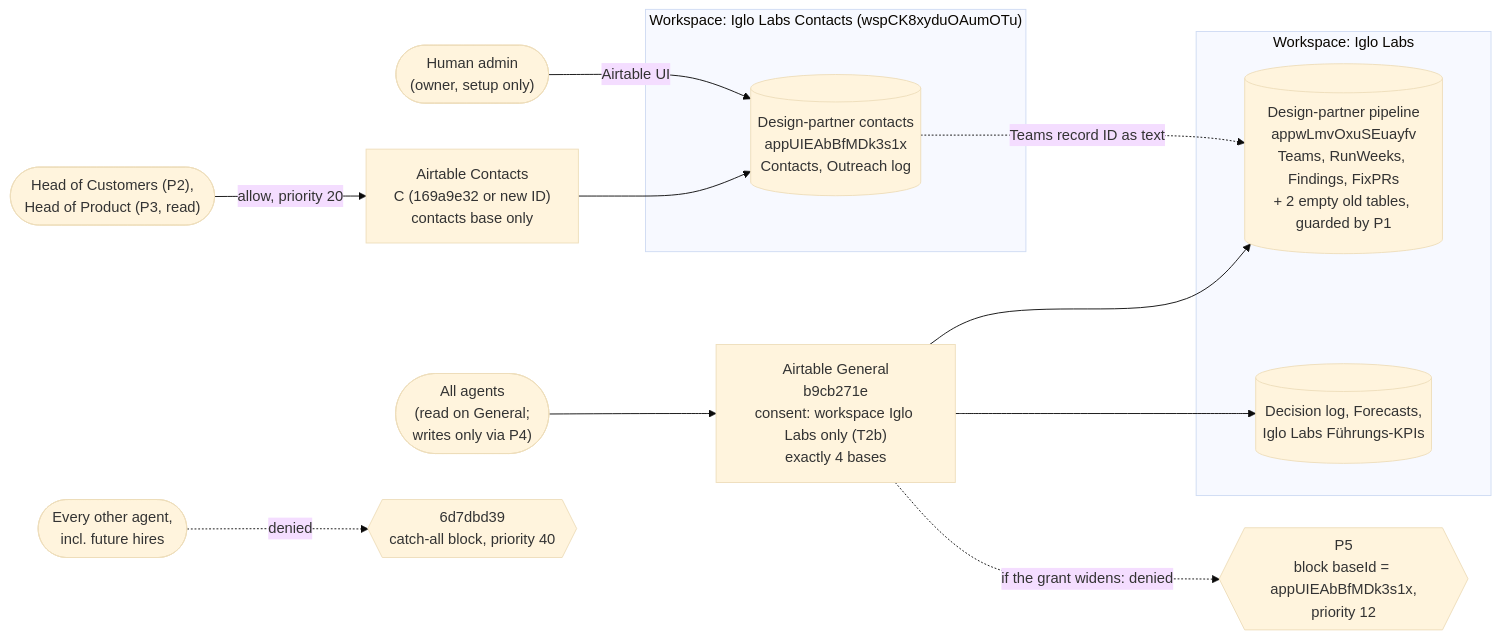
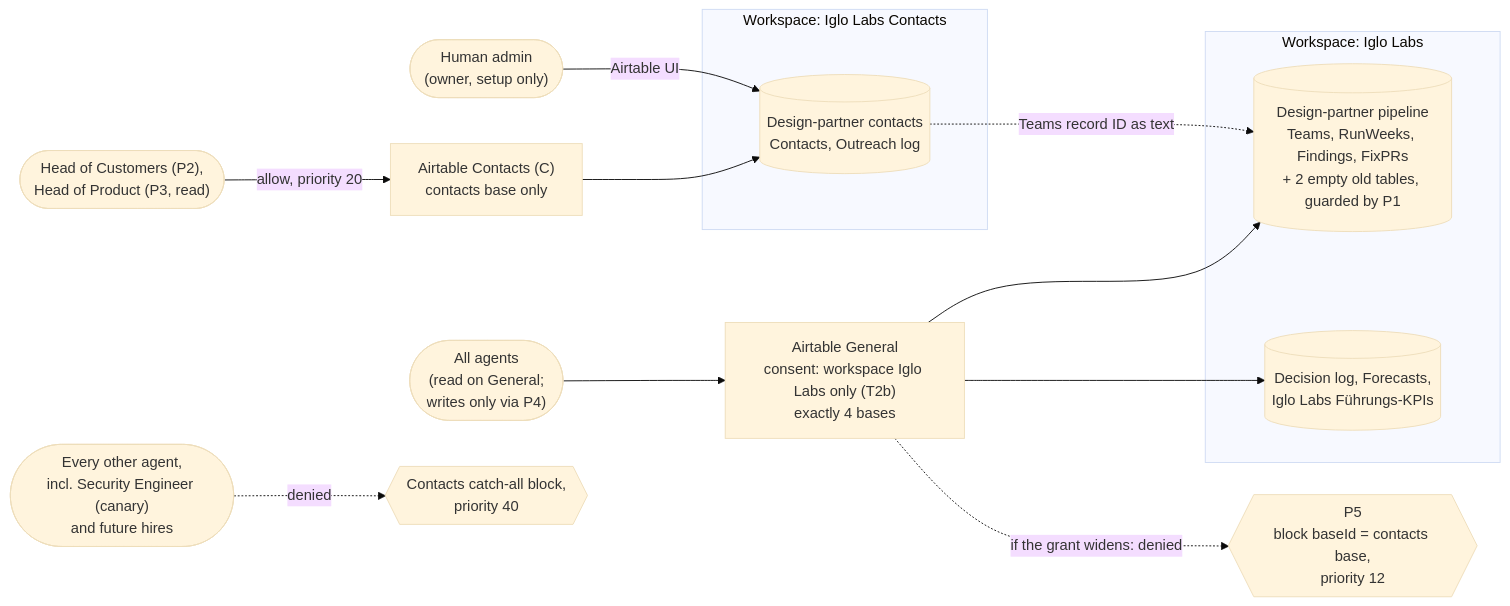
One commit to valentinpalkovic/Igglo changed the diagram in docs/architecture/adr/008-airtable-access-boundary.md. Above: the diagram before and after it, drawn with Mermaid (base theme). The commit also changed other lines of this file, not shown here.

````diff
--- a/docs/architecture/adr/008-airtable-access-boundary.md
+++ b/docs/architecture/adr/008-airtable-access-boundary.md
@@ -193,31 +207,31 @@
 ```mermaid
 flowchart LR
   agents(["All agents<br/>(read on General;<br/>writes only via P4)"])
   pair(["Head of Customers (P2),<br/>Head of Product (P3, read)"])
-  others(["Every other agent,<br/>incl. future hires"])
+  others(["Every other agent,<br/>incl. Security Engineer (canary)<br/>and future hires"])
   human(["Human admin<br/>(owner, setup only)"])
 
-  general["Airtable General<br/>b9cb271e<br/>consent: workspace Iglo Labs only (T2b)<br/>exactly 4 bases"]
-  conC["Airtable Contacts<br/>C (169a9e32 or new ID)<br/>contacts base only"]
-  block{{"6d7dbd39<br/>catch-all block, priority 40"}}
-  guard{{"P5<br/>block baseId = appUIEAbBfMDk3s1x,<br/>priority 12"}}
+  general["Airtable General<br/>consent: workspace Iglo Labs only (T2b)<br/>exactly 4 bases"]
+  conC["Airtable Contacts (C)<br/>contacts base only"]
+  block{{"Contacts catch-all block,<br/>priority 40"}}
+  guard{{"P5<br/>block baseId = contacts base,<br/>priority 12"}}
 
   subgraph ws1["Workspace: Iglo Labs"]
-    pipe[("Design-partner pipeline<br/>appwLmvOxuSEuayfv<br/>Teams, RunWeeks, Findings, FixPRs<br/>+ 2 empty old tables, guarded by P1")]
+    pipe[("Design-partner pipeline<br/>Teams, RunWeeks, Findings, FixPRs<br/>+ 2 empty old tables, guarded by P1")]
     other[("Decision log, Forecasts,<br/>Iglo Labs Führungs-KPIs")]
   end
 
-  subgraph ws2["Workspace: Iglo Labs Contacts (wspCK8xyduOAumOTu)"]
-    contacts[("Design-partner contacts<br/>appUIEAbBfMDk3s1x<br/>Contacts, Outreach log")]
+  subgraph ws2["Workspace: Iglo Labs Contacts"]
+    contacts[("Design-partner contacts<br/>Contacts, Outreach log")]
   end
 
   agents --> general
   general --> pipe
   general --> other
   general -. "if the grant widens: denied" .-> guard
   pair -- "allow, priority 20" --> conC
   others -. "denied" .-> block
   conC --> contacts
   human -- "Airtable UI" --> contacts
   contacts -. "Teams record ID as text" .-> pipe
 ```
````
